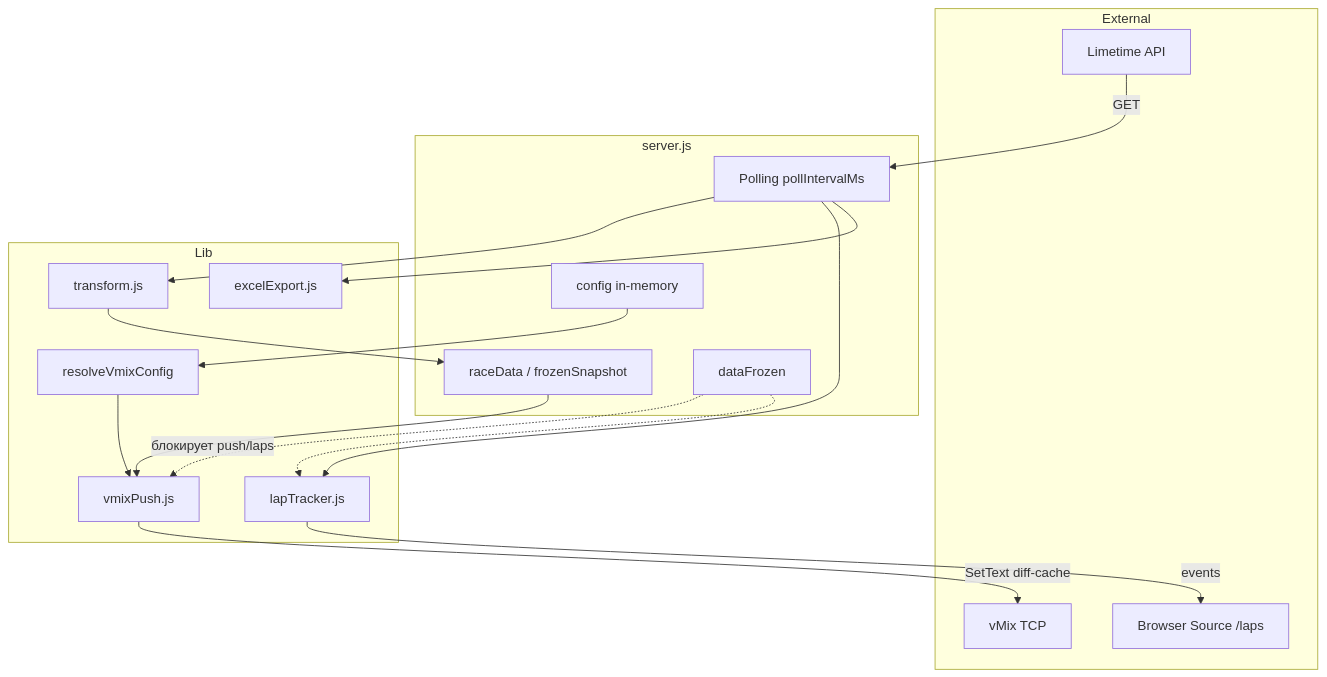
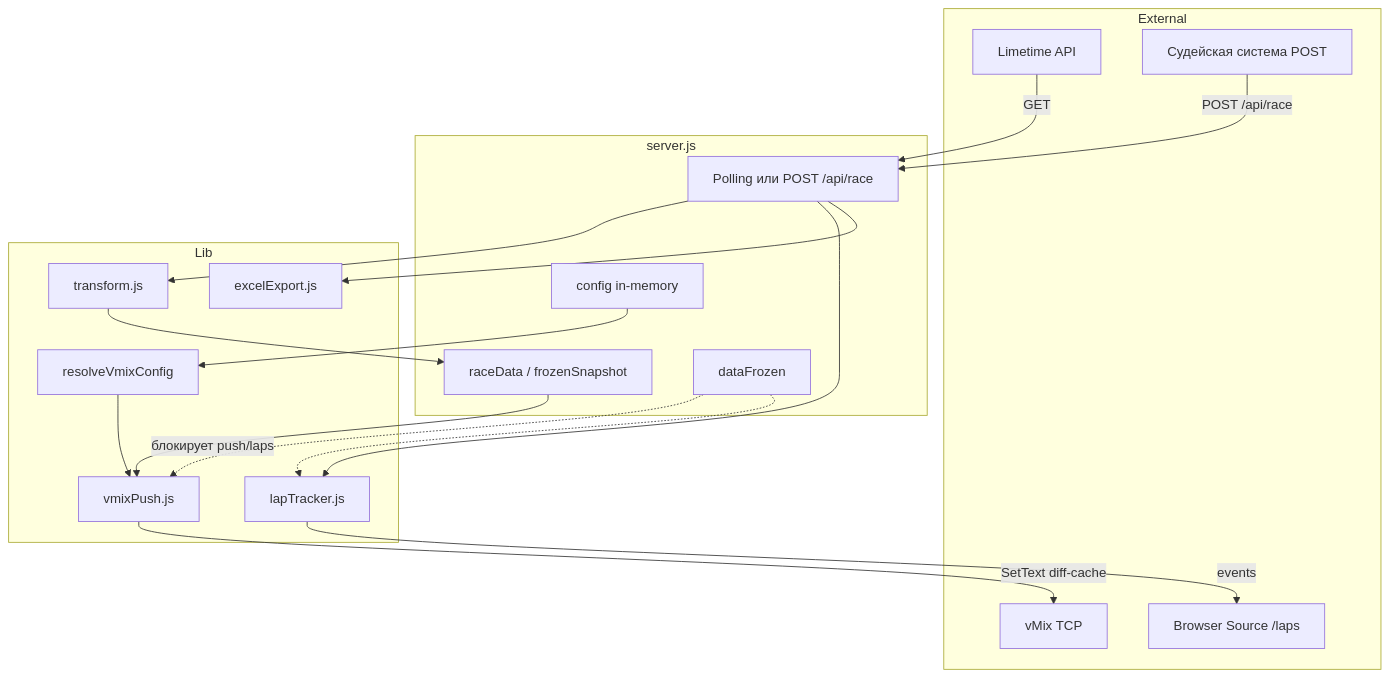
Before and after one commit to d404mer/VeloMurmansk: the diagram in docs/architecture.md, drawn with Mermaid. The commit also changed other lines of this file and 107 other files, not shown here.

````diff
--- a/docs/architecture.md
+++ b/docs/architecture.md
@@ -48,36 +49,38 @@
 ```mermaid
 flowchart TB
     subgraph External
         LT[Limetime API]
+        JS[Судейская система POST]
         VM[vMix TCP]
         BS[Browser Source /laps]
     end
 
     subgraph Server["server.js"]
-        Poll[Polling pollIntervalMs]
+        Poll[Polling или POST /api/race]
         State[raceData / frozenSnapshot]
         Freeze[dataFrozen]
         Config[config in-memory]
     end
 
     subgraph Lib
         TR[transform.js]
         LTk[lapTracker.js]
         VP[vmixPush.js]
         XL[excelExport.js]
         VC[resolveVmixConfig]
     end
 
     LT -->|GET| Poll
+    JS -->|"POST /api/race"| Poll
     Poll --> TR
     TR --> State
     State --> VP
     VP -->|SetText diff-cache| VM
     Poll --> LTk
     LTk -->|events| BS
     Poll --> XL
     Config --> VC
     VC --> VP
     Freeze -.->|блокирует push/laps| VP
     Freeze -.-> LTk
 ```
````
